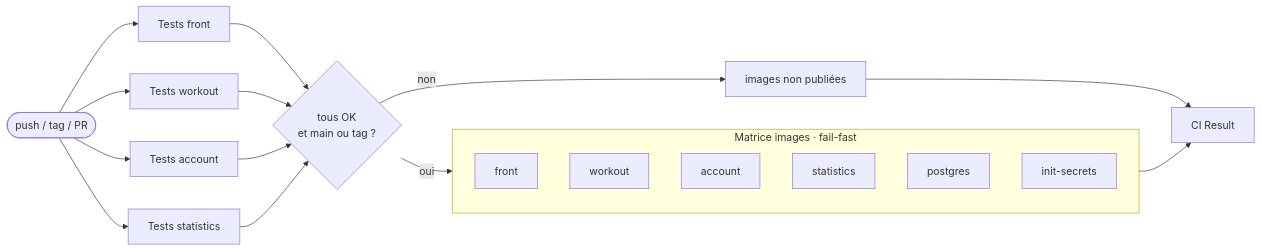
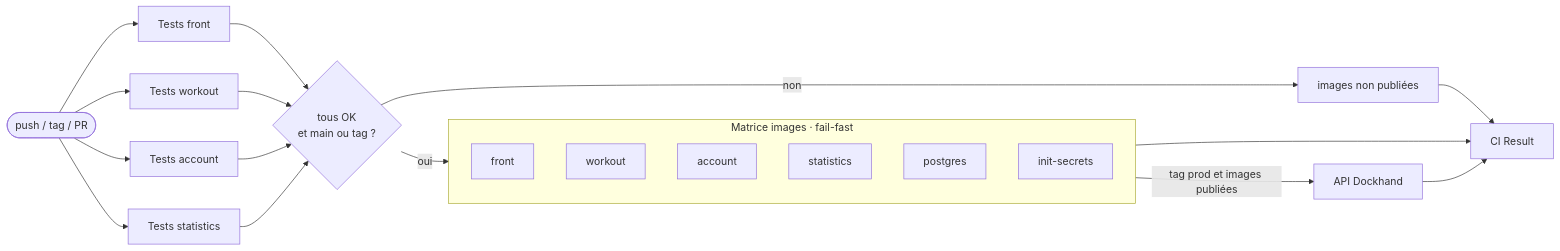
The second of 3 diagrams in docs/06-ci-cd.md (AntonHarzhanau/Nero-Workout), drawn with Mermaid before and after one commit. The commit also changed other lines of this file and 1 other file, not shown here.

````diff
--- a/docs/06-ci-cd.md
+++ b/docs/06-ci-cd.md
@@ -81,23 +81,25 @@
 ```mermaid
 flowchart LR
     ev([push / tag / PR]) --> f[Tests front]
     ev --> w[Tests workout]
     ev --> a[Tests account]
     ev --> s[Tests statistics]
 
     f & w & a & s --> gate{"tous OK<br/>et main ou tag ?"}
     gate -- non --> skip[images non publiées]
     gate -- oui --> m
 
     subgraph m[Matrice images · fail-fast]
         i1[front]
         i2[workout]
         i3[account]
         i4[statistics]
         i5[postgres]
         i6[init-secrets]
     end
 
     m --> res[CI Result]
+    m -- "tag prod et images publiées" --> deploy[API Dockhand]
+    deploy --> res
     skip --> res
 ```
````
